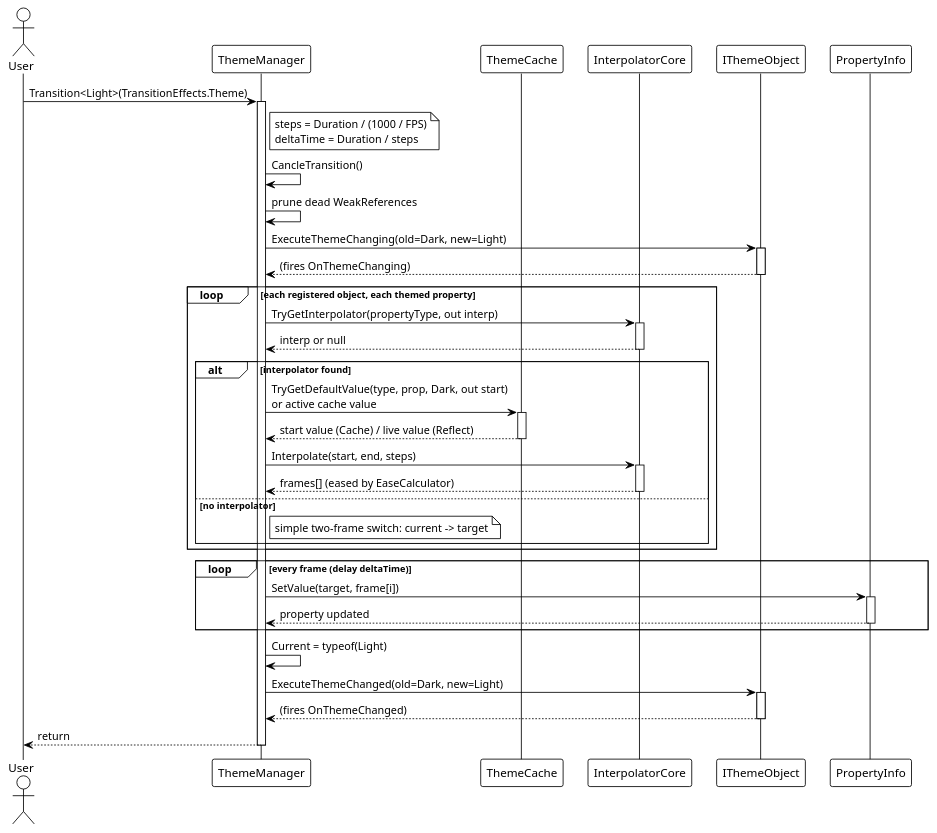
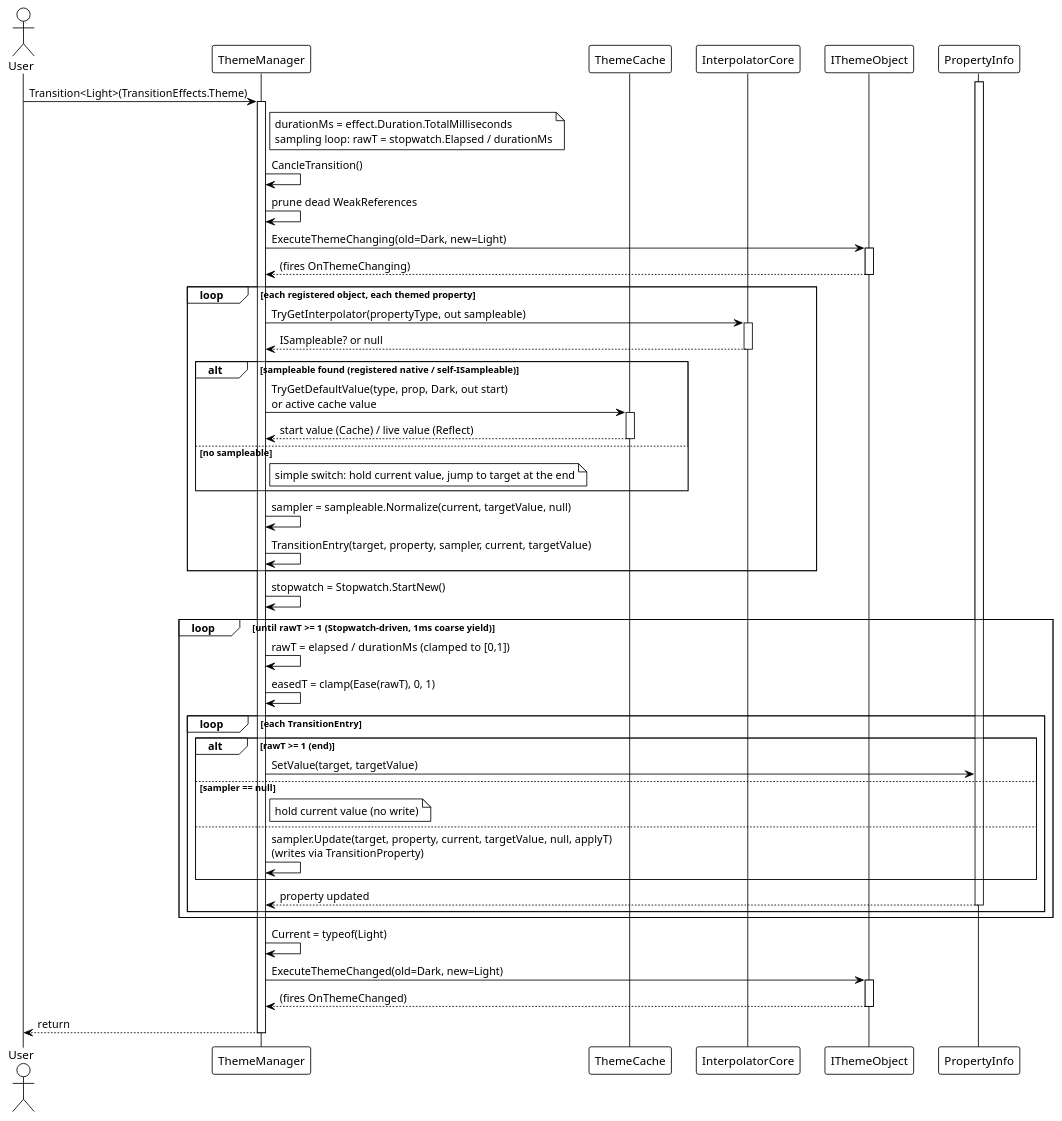
The second of 4 diagrams in src/CloudGlyph/Assets/Docs/content/zh/3_SE分析/03_数据流分析/04_动态主题/index.md (Axvser/VeloxDev.Docs), drawn with PlantUML before and after one commit. The commit also changed other lines of this file and 41 other files, not shown here.

First line of the commit message:
docs(transition): update for stateless sampler semantics (ISampler/ISampleable, SamplerSet)

````diff
--- a/src/CloudGlyph/Assets/Docs/content/zh/3_SE分析/03_数据流分析/04_动态主题/index.md
+++ b/src/CloudGlyph/Assets/Docs/content/zh/3_SE分析/03_数据流分析/04_动态主题/index.md
@@ -42,66 +42,78 @@
 ```plantuml
 @startuml
 !theme plain
 
 actor User as User
 participant "ThemeManager" as TM
 participant "ThemeCache" as TC
 participant "InterpolatorCore" as IK
 participant "IThemeObject" as TO
 participant "PropertyInfo" as PI
 
 User -> TM: Transition<Light>(TransitionEffects.Theme)
 activate TM
 
 note right of TM
-  steps = Duration / (1000 / FPS)
-  deltaTime = Duration / steps
+  durationMs = effect.Duration.TotalMilliseconds
+  sampling loop: rawT = stopwatch.Elapsed / durationMs
 end note
 
 TM -> TM: CancleTransition()
 TM -> TM: prune dead WeakReferences
 
 TM -> TO: ExecuteThemeChanging(old=Dark, new=Light)
 activate TO
 TO --> TM: (fires OnThemeChanging)
 deactivate TO
 
 loop each registered object, each themed property
-    TM -> IK: TryGetInterpolator(propertyType, out interp)
+    TM -> IK: TryGetInterpolator(propertyType, out sampleable)
     activate IK
-    IK --> TM: interp or null
+    IK --> TM: ISampleable? or null
     deactivate IK
 
-    alt interpolator found
+    alt sampleable found (registered native / self-ISampleable)
         TM -> TC: TryGetDefaultValue(type, prop, Dark, out start)\nor active cache value
         activate TC
         TC --> TM: start value (Cache) / live value (Reflect)
         deactivate TC
-        TM -> IK: Interpolate(start, end, steps)
-        activate IK
-        IK --> TM: frames[] (eased by EaseCalculator)
-        deactivate IK
-    else no interpolator
+    else no sampleable
         note right of TM
-          simple two-frame switch: current -> target
+          simple switch: hold current value, jump to target at the end
         end note
     end
+    TM -> TM: sampler = sampleable.Normalize(current, targetValue, null)
+    TM -> TM: TransitionEntry(target, property, sampler, current, targetValue)
 end
 
-loop every frame (delay deltaTime)
-    TM -> PI: SetValue(target, frame[i])
-    activate PI
-    PI --> TM: property updated
-    deactivate PI
+TM -> TM: stopwatch = Stopwatch.StartNew()
+
+loop until rawT >= 1 (Stopwatch-driven, 1ms coarse yield)
+    TM -> TM: rawT = elapsed / durationMs  (clamped to [0,1])
+    TM -> TM: easedT = clamp(Ease(rawT), 0, 1)
+    loop each TransitionEntry
+        alt rawT >= 1 (end)
+            TM -> PI: SetValue(target, targetValue)
+        else sampler == null
+            note right of TM
+              hold current value (no write)
+            end note
+        else
+            TM -> TM: sampler.Update(target, property, current, targetValue, null, applyT)\n(writes via TransitionProperty)
+        end
+        activate PI
+        PI --> TM: property updated
+        deactivate PI
+    end
 end
 
 TM -> TM: Current = typeof(Light)
 TM -> TO: ExecuteThemeChanged(old=Dark, new=Light)
 activate TO
 TO --> TM: (fires OnThemeChanged)
 deactivate TO
 
 TM --> User: return
 deactivate TM
 @enduml
 ```
````
